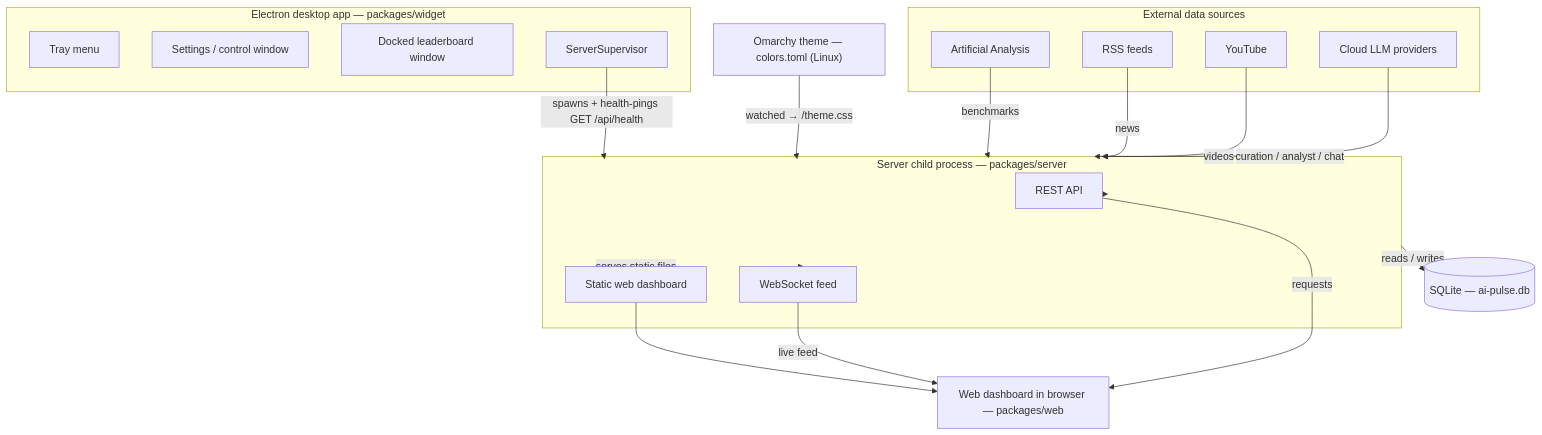
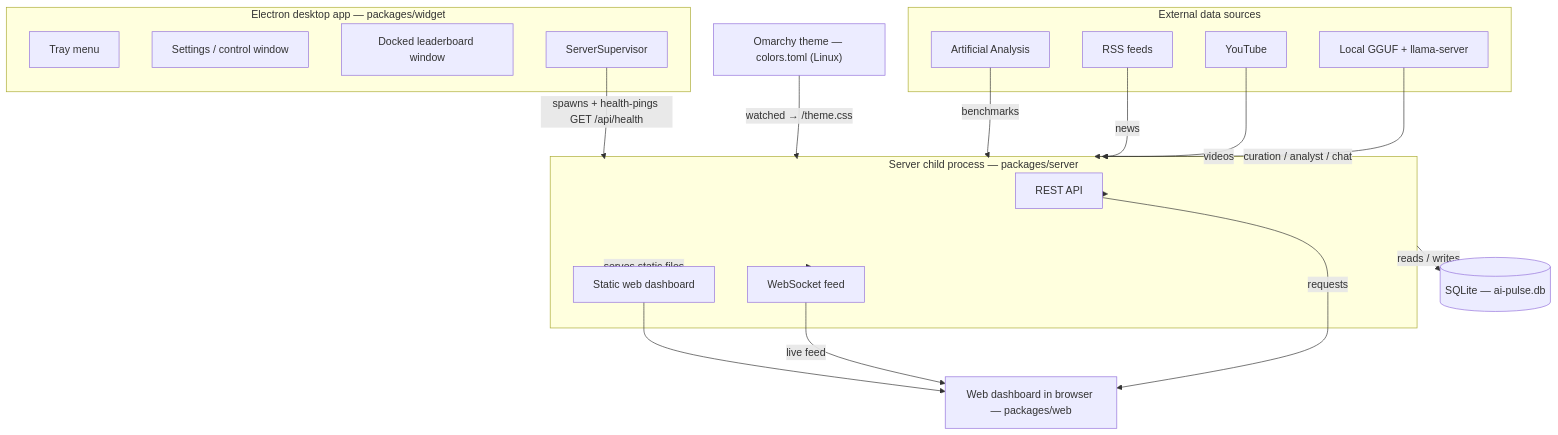
Before and after one commit to FernandoSLuz/ai-pulse: the diagram in docs/ARCHITECTURE.md, drawn with Mermaid. The commit also changed other lines of this file and 68 other files, not shown here.

````diff
--- a/docs/ARCHITECTURE.md
+++ b/docs/ARCHITECTURE.md
@@ -65,38 +65,38 @@
 ```mermaid
 flowchart TD
     subgraph Electron["Electron desktop app — packages/widget"]
         Tray["Tray menu"]
         Settings["Settings / control window"]
         Leaderboard["Docked leaderboard window"]
         Supervisor["ServerSupervisor"]
     end
 
     subgraph Server["Server child process — packages/server"]
         REST["REST API"]
         WS["WebSocket feed"]
         StaticWeb["Static web dashboard"]
     end
 
     DB[("SQLite — ai-pulse.db")]
     Browser["Web dashboard in browser — packages/web"]
     Theme["Omarchy theme — colors.toml (Linux)"]
 
     subgraph Sources["External data sources"]
         AA["Artificial Analysis"]
         RSS["RSS feeds"]
         YT["YouTube"]
-        LLM["Cloud LLM providers"]
+        LLM["Local GGUF + llama-server"]
     end
 
     Supervisor -- "spawns + health-pings GET /api/health" --> Server
     Server -- "reads / writes" --> DB
     Server -- "serves static files" --> StaticWeb --> Browser
     Server --> WS -- "live feed" --> Browser
     Server --> REST -- "requests" --> Browser
     Theme -- "watched → /theme.css" --> Server
 
     AA -- "benchmarks" --> Server
     RSS -- "news" --> Server
     YT -- "videos" --> Server
     LLM -- "curation / analyst / chat" --> Server
 ```
````
